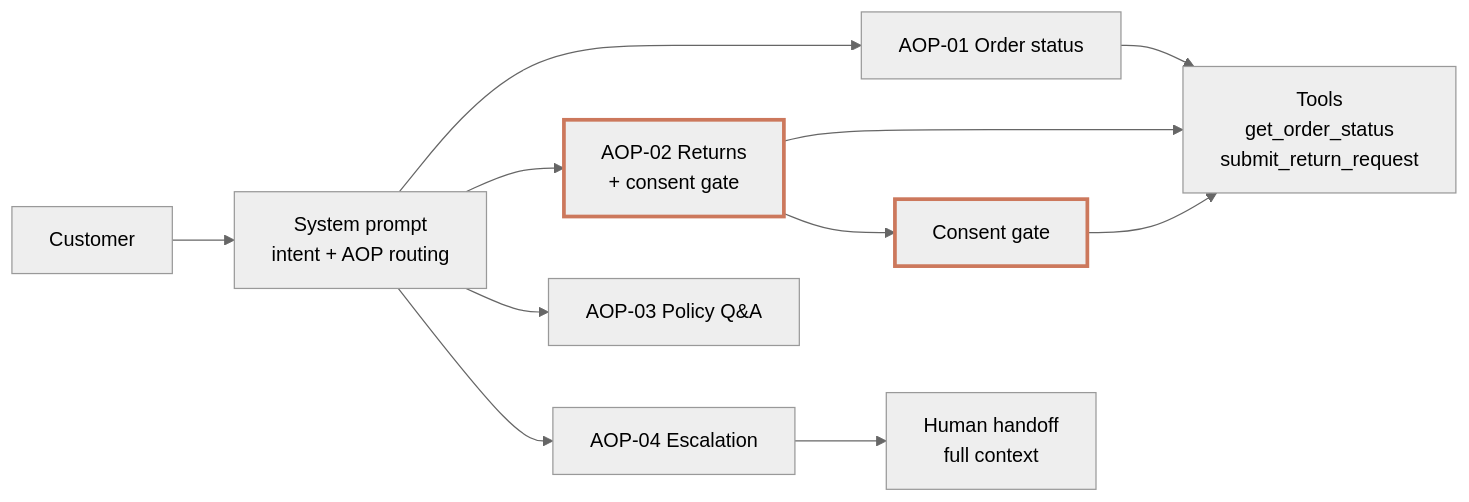
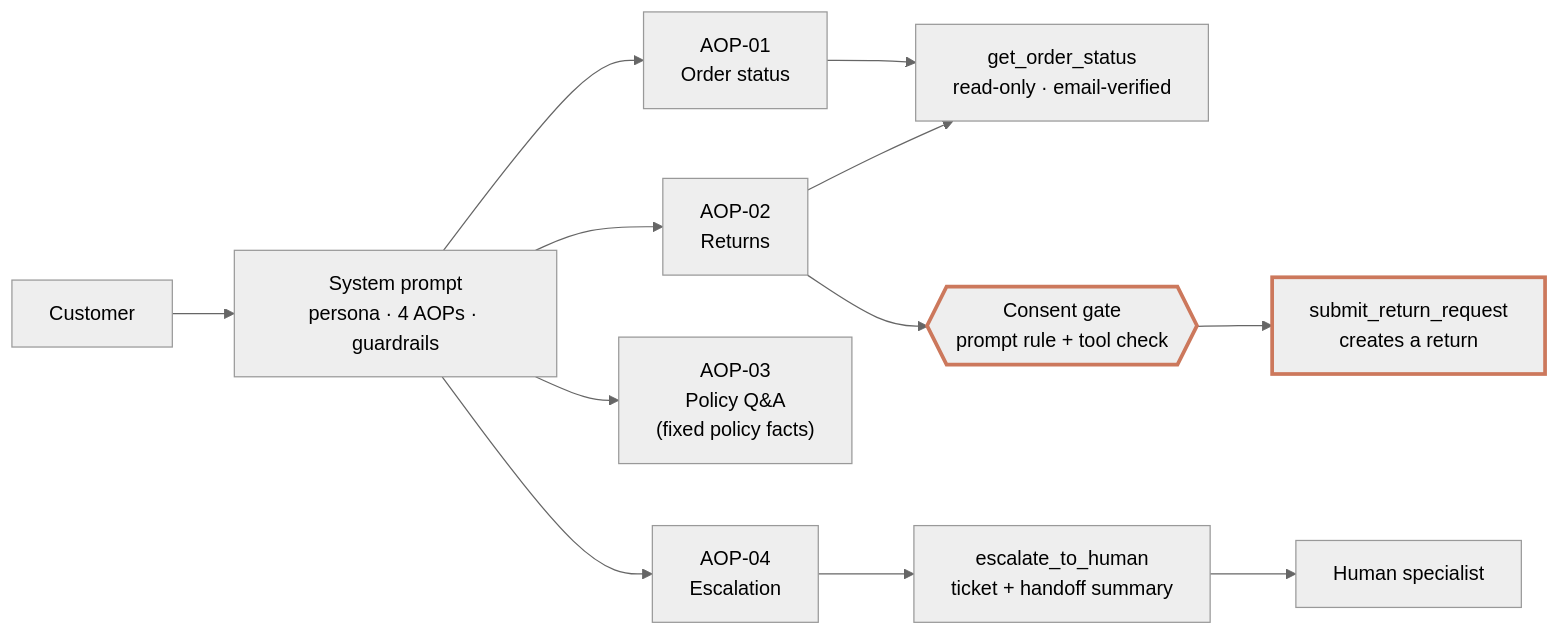
Before and after one commit to MumboJumbo123/bookly-agent: the diagram in DESIGN.md, drawn with Mermaid (neutral theme). The commit also changed other lines of this file and 5 other files, not shown here.

````diff
--- a/DESIGN.md
+++ b/DESIGN.md
@@ -11,15 +11,16 @@
 ```mermaid
 flowchart LR
-    A[Customer] --> B[System prompt<br/>intent + AOP routing]
-    B --> C[AOP-01 Order status]
-    B --> D[AOP-02 Returns<br/>+ consent gate]
-    B --> E[AOP-03 Policy Q&A]
-    B --> F[AOP-04 Escalation]
-    C --> T[Tools<br/>get_order_status<br/>submit_return_request]
-    D --> T
-    D --> G[Consent gate]
-    F --> H[Human handoff<br/>full context]
-    G --> T
-    style D stroke:#CC785C,stroke-width:3px
+    U[Customer] --> P["System prompt<br/>persona · 4 AOPs · guardrails"]
+    P --> A1[AOP-01<br/>Order status]
+    P --> A2[AOP-02<br/>Returns]
+    P --> A3["AOP-03<br/>Policy Q&A<br/>(fixed policy facts)"]
+    P --> A4[AOP-04<br/>Escalation]
+    A1 --> R["get_order_status<br/>read-only · email-verified"]
+    A2 --> R
+    A2 --> G{{"Consent gate<br/>prompt rule + tool check"}}
+    G --> W["submit_return_request<br/>creates a return"]
+    A4 --> E["escalate_to_human<br/>ticket + handoff summary"]
+    E --> H[Human specialist]
     style G stroke:#CC785C,stroke-width:3px
+    style W stroke:#CC785C,stroke-width:3px
 ```
````
